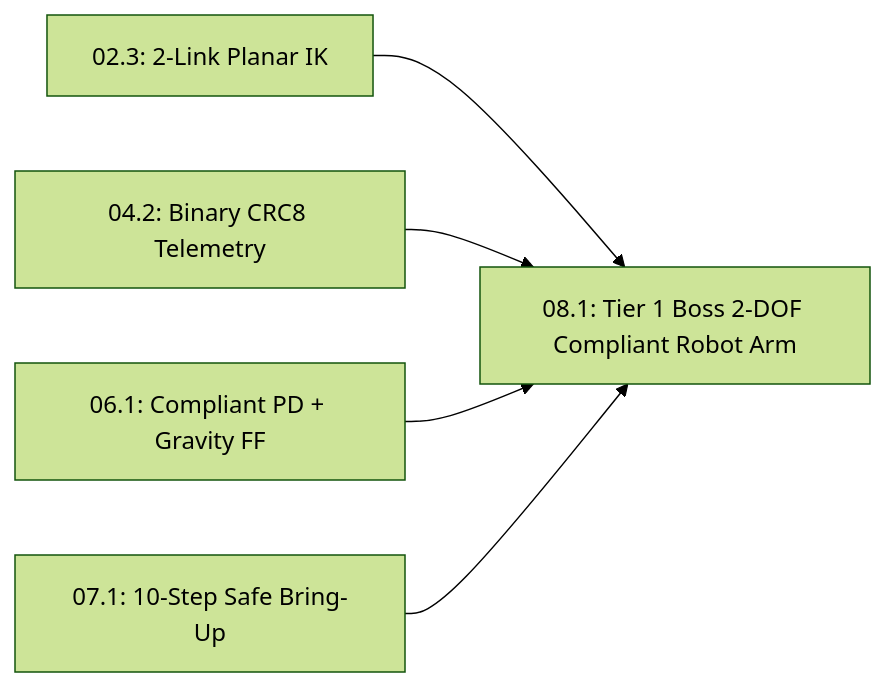
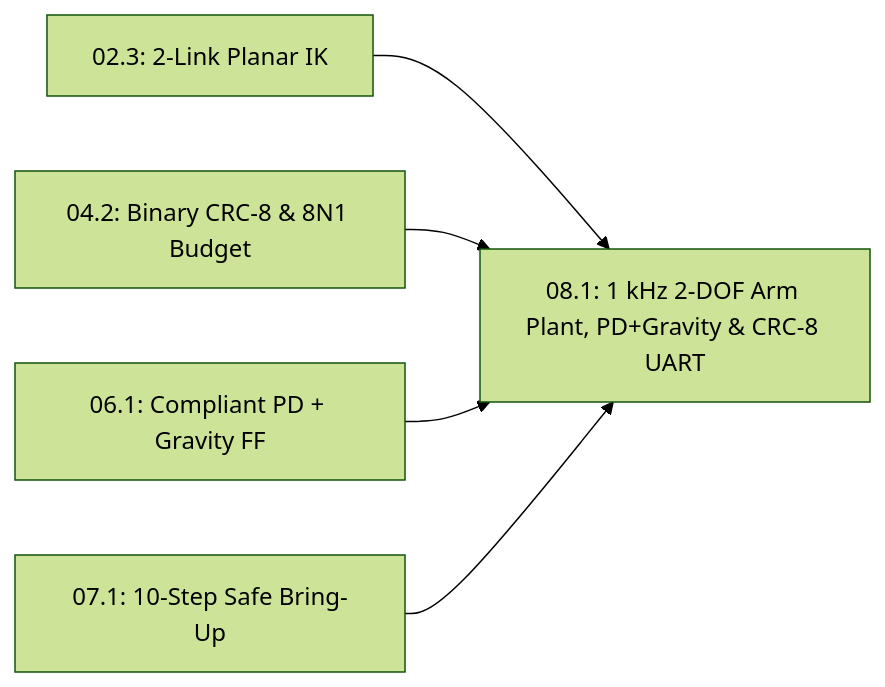
Before and after one commit to TLE47/Mechatronics-Roadmap: the diagram in 08-capstone-projects/08.1-tier1-2dof-compliant-arm-capstone.md, drawn with Mermaid (forest theme). The commit also changed other lines of this file and 8 other files, not shown here.

First line of the commit message:
feat: update telemetry to CRC-8 and refine lesson titles

````diff
--- a/08-capstone-projects/08.1-tier1-2dof-compliant-arm-capstone.md
+++ b/08-capstone-projects/08.1-tier1-2dof-compliant-arm-capstone.md
@@ -31,7 +31,7 @@
 ```mermaid
 flowchart LR
-    L023["02.3: 2-Link Planar IK"] --> L081["08.1: Tier 1 Boss 2-DOF Compliant Robot Arm"]
-    L042["04.2: Binary CRC8 Telemetry"] --> L081
+    L023["02.3: 2-Link Planar IK"] --> L081["08.1: 1 kHz 2-DOF Arm Plant, PD+Gravity & CRC-8 UART"]
+    L042["04.2: Binary CRC-8 & 8N1 Budget"] --> L081
     L061["06.1: Compliant PD + Gravity FF"] --> L081
     L071["07.1: 10-Step Safe Bring-Up"] --> L081
 ```
````
